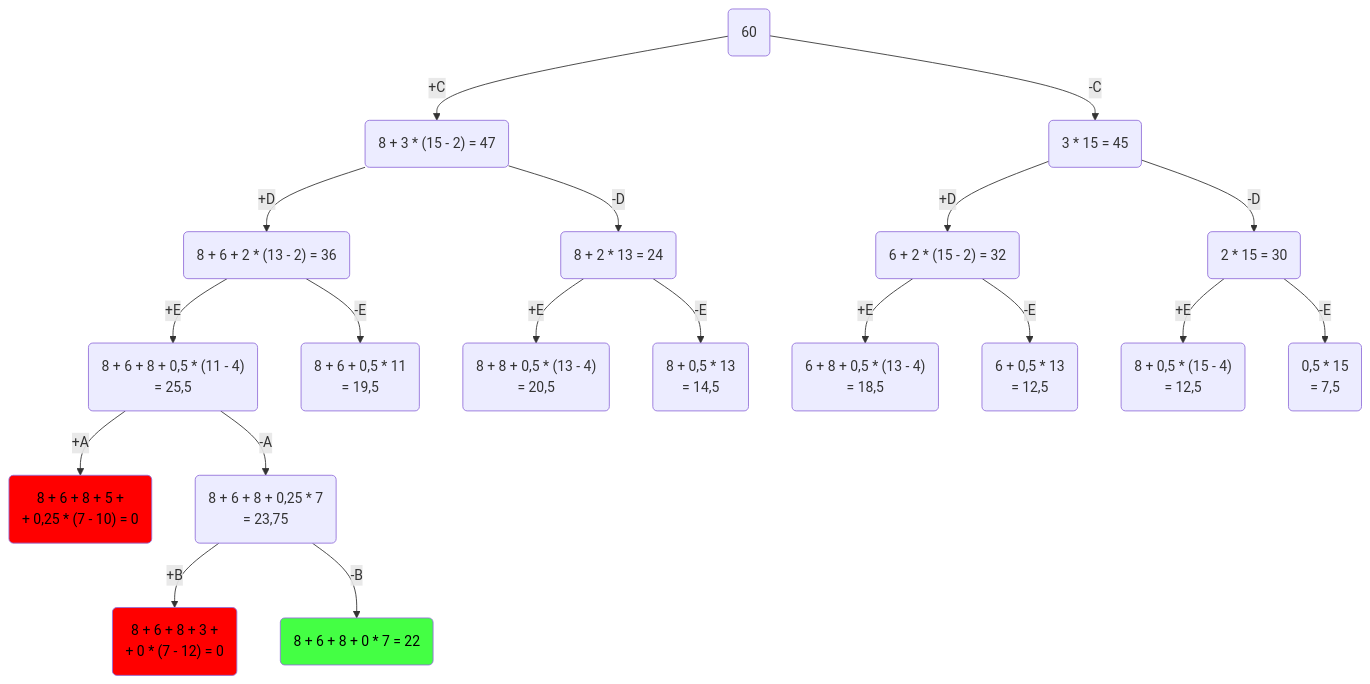
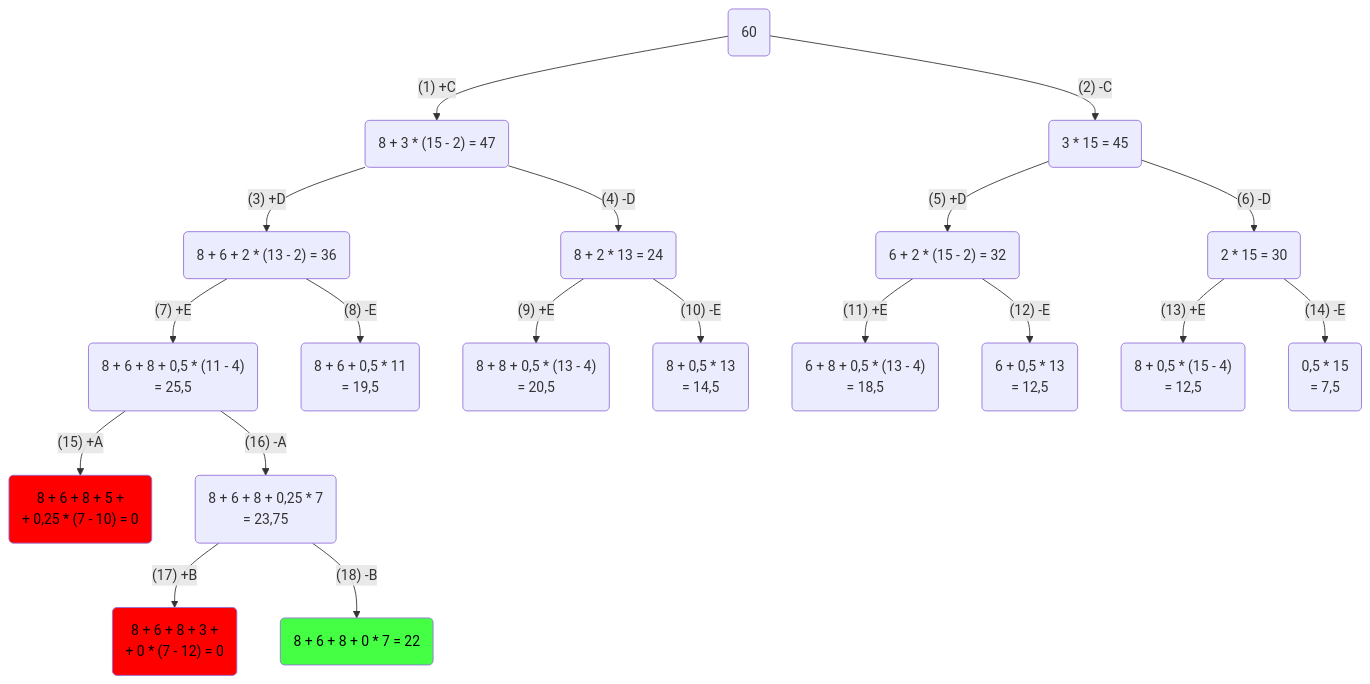
One commit to algos-ris-24-3/manual-tasks changed the diagram in Задание 12/ZXC-task-12-v7.md. Above: the diagram before and after it, drawn with Mermaid. The commit also changed other lines of this file, not shown here.

````diff
--- a/Задание 12/ZXC-task-12-v7.md
+++ b/Задание 12/ZXC-task-12-v7.md
@@ -30,55 +30,55 @@
 ``` mermaid
 flowchart TD
 A(60)
 B("8 + 3 * (15 - 2) = 47")
 C("3 * 15 = 45")
 D("8 + 6 + 2 * (13 - 2) = 36")
 E("8 + 2 * 13 = 24")
 F("6 + 2 * (15 - 2) = 32")
 G("2 * 15 = 30")
 H("8 + 6 + 8 + 0,5 * (11 - 4) 
 = 25,5")
 I("8 + 6 + 0,5 * 11
  = 19,5")
 J("8 + 8 + 0,5 * (13 - 4)
  = 20,5")
 K("8 + 0,5 * 13
 = 14,5")
 L("6 + 8 + 0,5 * (13 - 4)
 = 18,5")
 M("6 + 0,5 * 13
 = 12,5")
 N("8 + 0,5 * (15 - 4)
 = 12,5")
 O(0,5 * 15
 = 7,5)
 P("8 + 6 + 8 + 5 + 
 + 0,25 * (7 - 10) = 0")
 Q("8 + 6 + 8 + 0,25 * 7
 = 23,75")
 R("8 + 6 + 8 + 3 +
 + 0 * (7 - 12) = 0")
 S("8 + 6 + 8 + 0 * 7 = 22")
-A -- +C--> B
-A -- -C--> C
-B -- +D--> D
-B -- -D--> E
-C -- +D--> F
-C -- -D--> G
-D -- +E--> H
-D -- -E--> I
-E -- +E--> J
-E -- -E--> K
-F -- +E--> L
-F -- -E--> M
-G -- +E--> N
-G -- -E--> O
-H -- +A--> P
-H -- -A--> Q
-Q -- +B--> R
-Q -- -B--> S
+A -- (1) +C--> B
+A -- (2) -C--> C
+B -- (3) +D--> D
+B -- (4) -D--> E
+C -- (5) +D--> F
+C -- (6) -D--> G
+D -- (7) +E--> H
+D -- (8) -E--> I
+E -- (9) +E--> J
+E -- (10) -E--> K
+F -- (11) +E--> L
+F -- (12) -E--> M
+G -- (13) +E--> N
+G -- (14) -E--> O
+H -- (15) +A--> P
+H -- (16) -A--> Q
+Q -- (17) +B--> R
+Q -- (18) -B--> S
 
 style P fill:#FF0000, color:#000000
 style R fill:#FF0000, color:#000000
 style S fill:#4f4f, color:#000000
 ```
````
